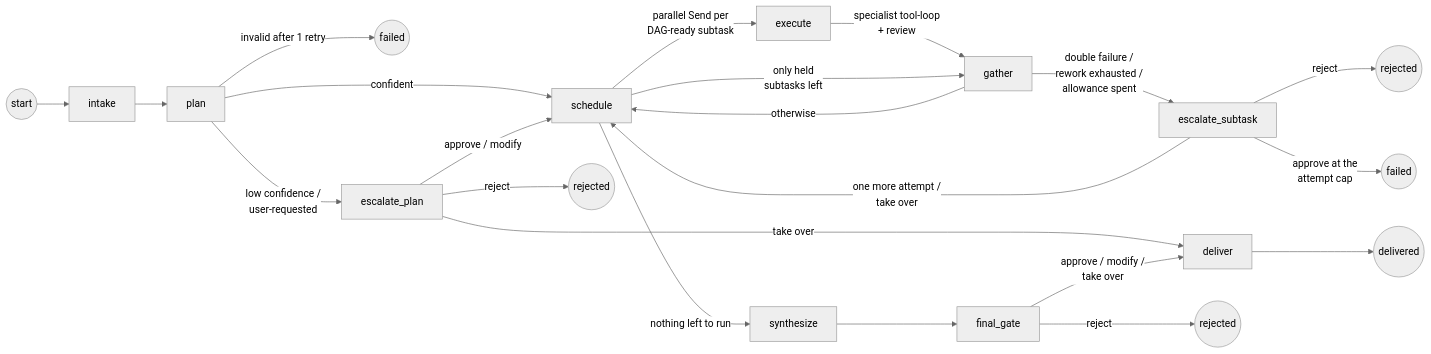
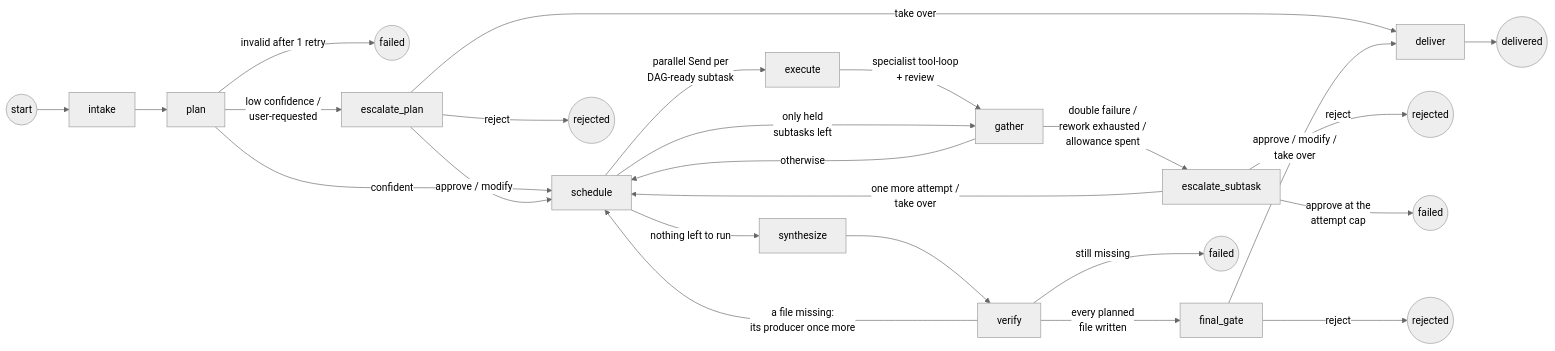
One commit to AlirezaAbedinii/groundwork-agents changed the second of 2 diagrams in services/agent/docs/architecture.md. Above: the diagram before and after it, drawn with Mermaid (neutral theme). The commit also changed other lines of this file and 16 other files, not shown here.

````diff
--- a/services/agent/docs/architecture.md
+++ b/services/agent/docs/architecture.md
@@ -93,24 +93,27 @@
 ```mermaid
 flowchart LR
     START((start)) --> intake --> plan
     plan -->|"invalid after 1 retry"| FAILED((failed))
     plan -->|"low confidence /<br/>user-requested"| escalate_plan
     plan -->|confident| schedule
     escalate_plan -->|"approve / modify"| schedule
     escalate_plan -->|"take over"| deliver
     escalate_plan -->|reject| REJ1((rejected))
 
     schedule -->|"parallel Send per<br/>DAG-ready subtask"| execute
     execute -->|"specialist tool-loop<br/>+ review"| gather
     gather -->|"double failure /<br/>rework exhausted /<br/>allowance spent"| escalate_subtask
     gather -->|otherwise| schedule
     escalate_subtask -->|"one more attempt /<br/>take over"| schedule
     escalate_subtask -->|reject| REJ2((rejected))
     escalate_subtask -->|"approve at the<br/>attempt cap"| FAILED2((failed))
     schedule -->|"only held<br/>subtasks left"| gather
 
-    schedule -->|"nothing left to run"| synthesize --> final_gate
+    schedule -->|"nothing left to run"| synthesize --> verify
+    verify -->|"every planned<br/>file written"| final_gate
+    verify -->|"a file missing:<br/>its producer once more"| schedule
+    verify -->|"still missing"| FAILED3((failed))
     final_gate -->|"approve / modify /<br/>take over"| deliver
     final_gate -->|reject| REJ3((rejected))
     deliver --> DONE((delivered))
 ```
````
